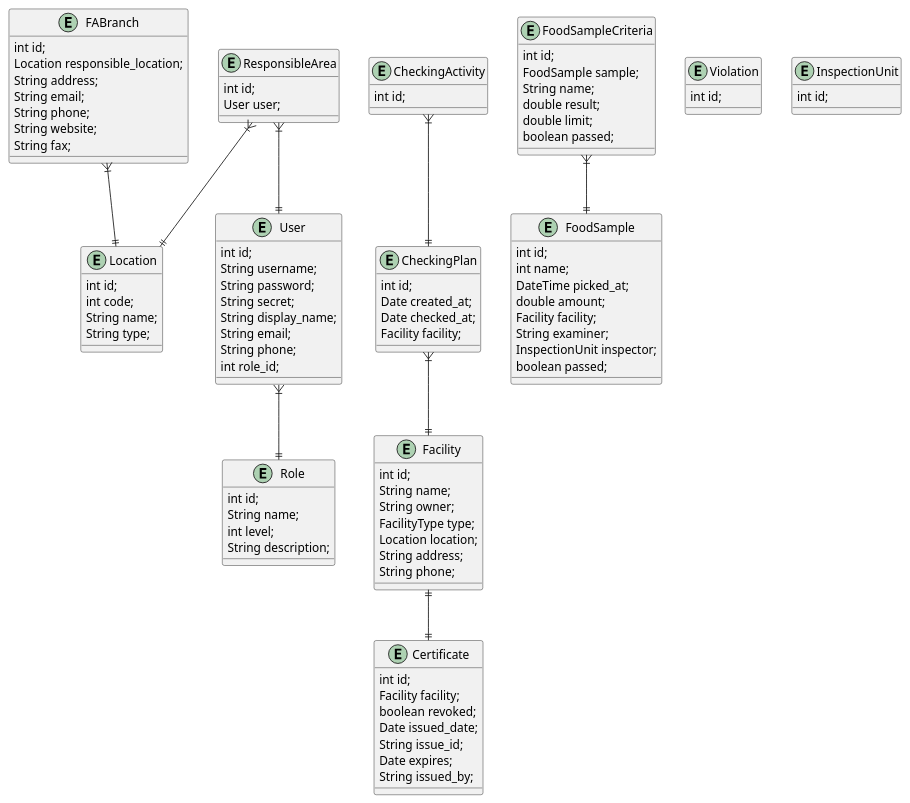
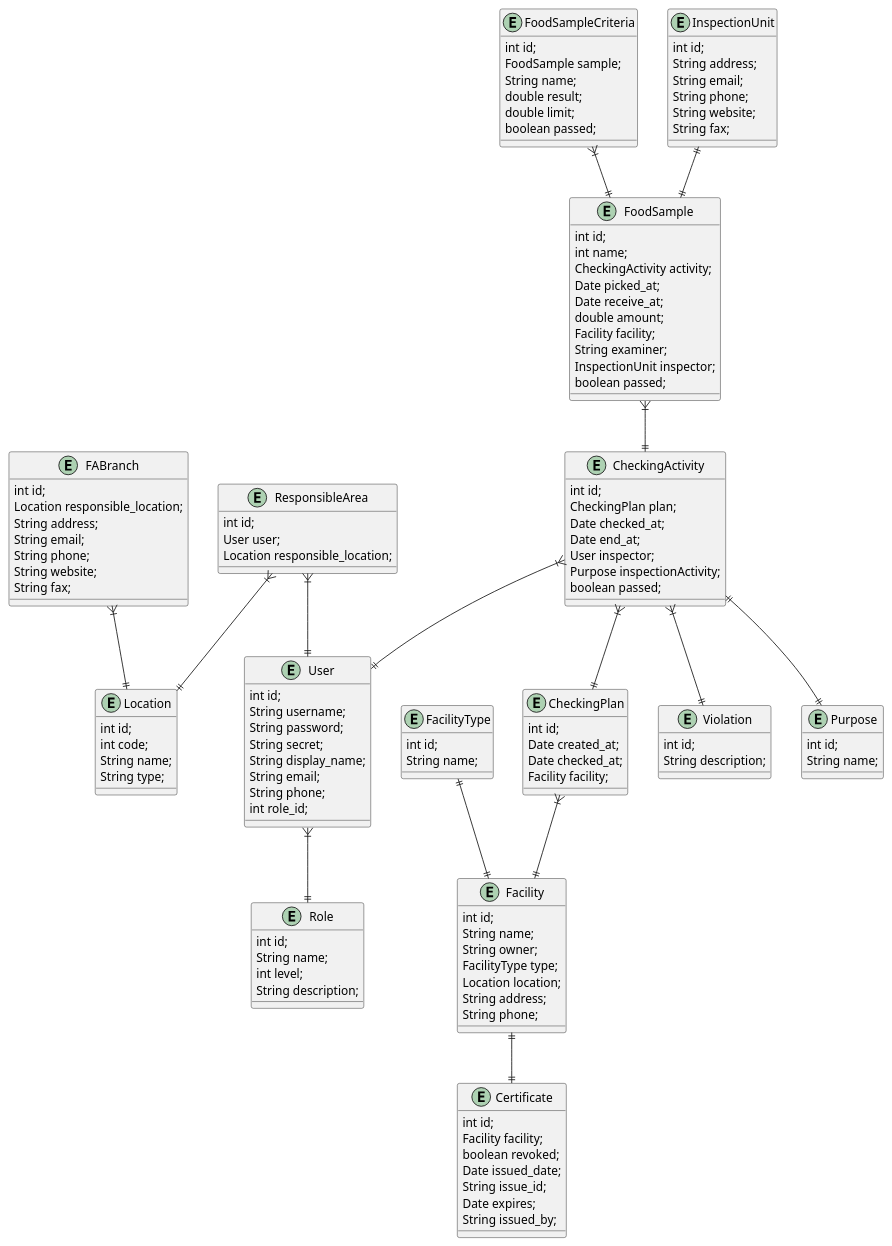
One commit to beast462/int3306.healthyfirst changed the diagram in documents/entities.puml. Above: the diagram before and after it, drawn with PlantUML.

```diff
--- a/documents/entities.puml
+++ b/documents/entities.puml
@@ -1,110 +1,141 @@
 @startuml Entities
 entity FABranch {
     int id;
     Location responsible_location;
     String address;
     String email;
     String phone;
     String website;
     String fax;
 }
 
 entity Facility {
     int id;
     String name;
     String owner;
     FacilityType type;
     Location location;
     String address;
     String phone;
 }
 
 entity Certificate {
     int id;
     Facility facility;
     boolean revoked;
     Date issued_date;
     String issue_id;
     Date expires;
     String issued_by;
 }
 
 entity Location {
     int id;
     int code;
     String name;
     String type;
 }
 
 entity CheckingPlan {
     int id;
     Date created_at;
     Date checked_at;
     Facility facility;
 }
 
 entity CheckingActivity {
     int id;
+    CheckingPlan plan;
+    Date checked_at;
+    Date end_at;
+    User inspector;
+    Purpose inspectionActivity;
+    boolean passed;
 }
 
 entity FoodSample {
     int id;
     int name;
-    DateTime picked_at;
+    CheckingActivity activity;
+    Date picked_at;
+    Date receive_at;
     double amount;
     Facility facility;
     String examiner;
     InspectionUnit inspector;
     boolean passed;
 }
 
 entity FoodSampleCriteria {
     int id;
     FoodSample sample;
     String name;
     double result;
     double limit;
     boolean passed;
 }
 
 entity Violation {
     int id;
+    String description;
 }
 
 entity InspectionUnit {
     int id;
+    String address;
+    String email;
+    String phone;
+    String website;
+    String fax;
 }
 
 entity Role {
     int id;
     String name;
     int level;
     String description;
 }
 
 entity User {
     int id;
     String username;
     String password;
     String secret;
     String display_name;
     String email;
     String phone;
     int role_id;
 }
 
 entity ResponsibleArea {
     int id;
     User user;
+    Location responsible_location;
+}
+
+entity Purpose {
+    int id;
+    String name;
+}
+
+entity FacilityType {
+    int id;
+    String name;
 }
 
 Facility ||--|| Certificate
 FoodSampleCriteria }|--|| FoodSample
 FABranch }|--|| Location
 ResponsibleArea }|--|| Location
 CheckingPlan }|--|| Facility
 CheckingActivity }|--|| CheckingPlan
 User }|--|| Role
 ResponsibleArea }|--|| User
+CheckingActivity }|--|| Violation
+FoodSample }|--|| CheckingActivity
+InspectionUnit ||--|| FoodSample
+CheckingActivity }|--|| User
+CheckingActivity ||--|| Purpose
+FacilityType ||--|| Facility
 
 @enduml
```
